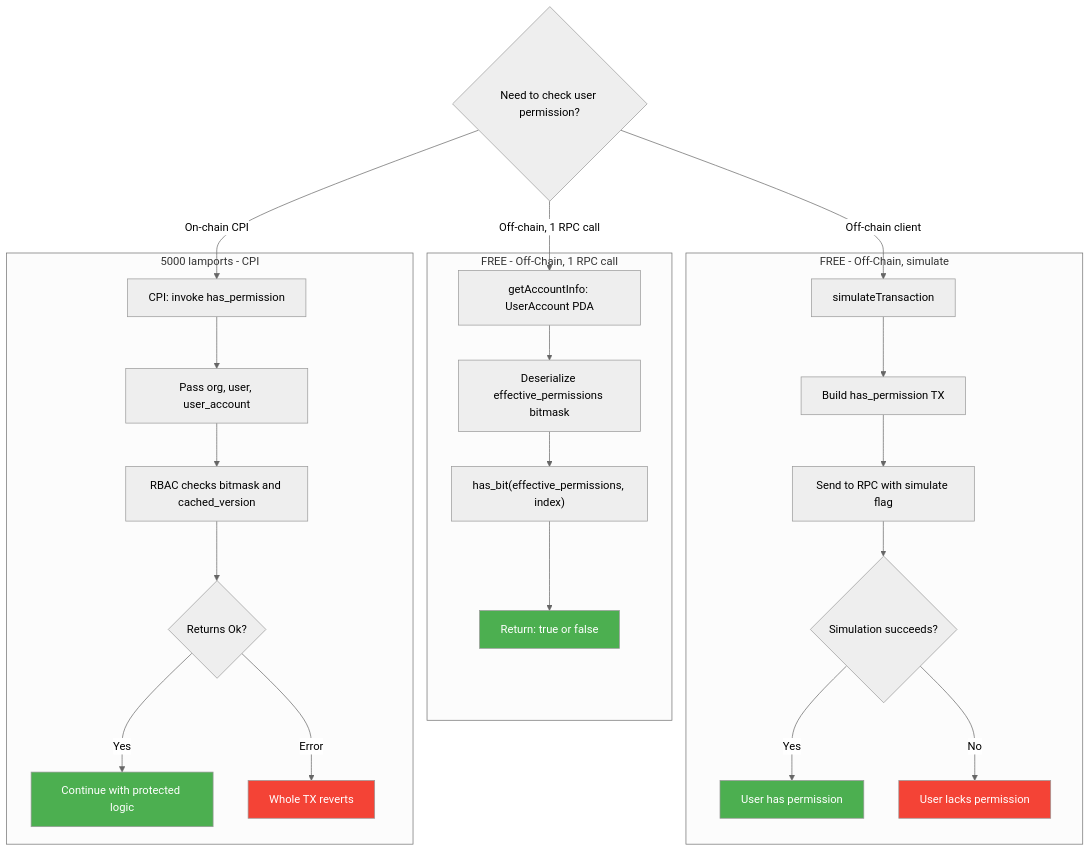
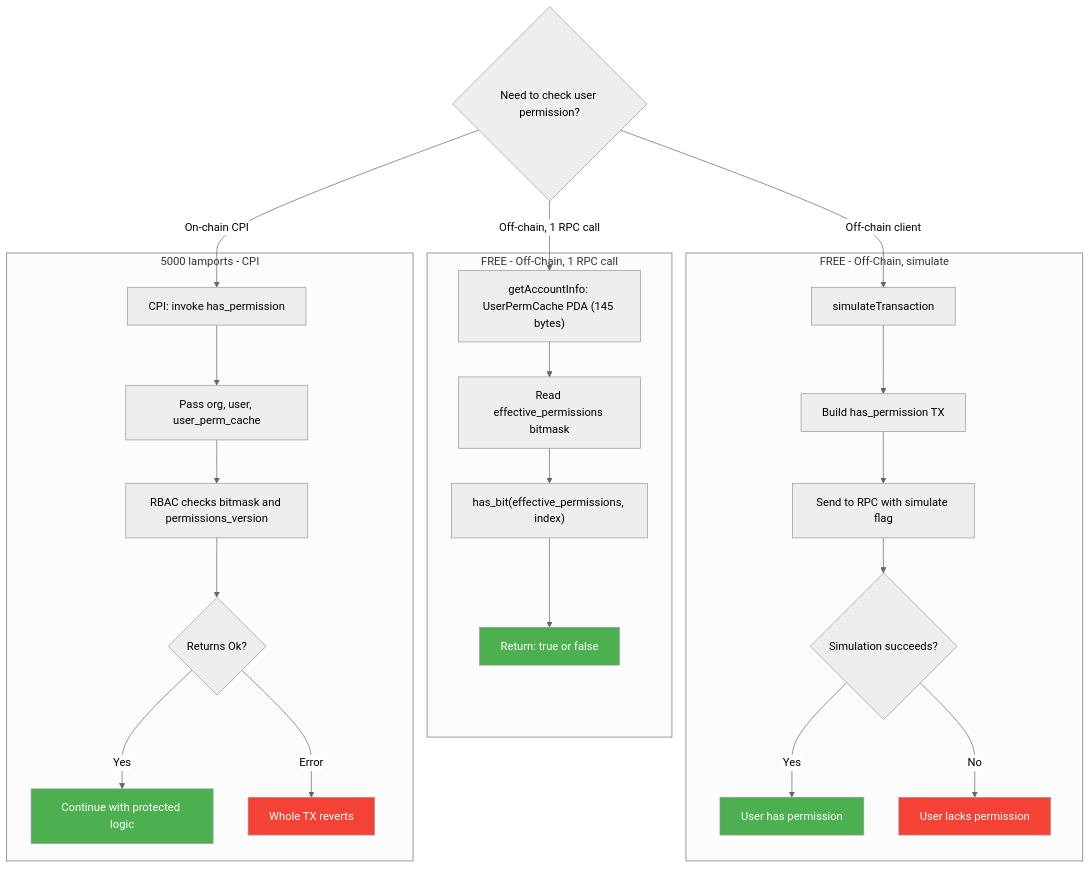
One commit to Vadimus1983/Solana-rbac changed diagram 16 of 25 in docs/architecture.md. Above: the diagram before and after it, drawn with Mermaid (neutral theme). The commit also changed other lines of this file and 9 other files, not shown here.

````diff
--- a/docs/architecture.md
+++ b/docs/architecture.md
@@ -656,39 +663,39 @@
 ```mermaid
 graph TB
     Q{"Need to check user permission?"}
 
     Q -->|"Off-chain client"| A
     Q -->|"On-chain CPI"| B
     Q -->|"Off-chain, 1 RPC call"| C
 
     subgraph free1["FREE - Off-Chain, 1 RPC call"]
-        C["getAccountInfo: UserAccount PDA"]
-        C --> C1["Deserialize effective_permissions bitmask"]
+        C["getAccountInfo: UserPermCache PDA (145 bytes)"]
+        C --> C1["Read effective_permissions bitmask"]
         C1 --> C2["has_bit(effective_permissions, index)"]
         C2 --> C3["Return: true or false"]
     end
 
     subgraph free2["FREE - Off-Chain, simulate"]
         A["simulateTransaction"]
         A --> A1["Build has_permission TX"]
         A1 --> A2["Send to RPC with simulate flag"]
         A2 --> A3{"Simulation succeeds?"}
         A3 -->|Yes| A4["User has permission"]
         A3 -->|No| A5["User lacks permission"]
     end
 
     subgraph cpi["5000 lamports - CPI"]
         B["CPI: invoke has_permission"]
-        B --> B1["Pass org, user, user_account"]
-        B1 --> B2["RBAC checks bitmask and cached_version"]
+        B --> B1["Pass org, user, user_perm_cache"]
+        B1 --> B2["RBAC checks bitmask and permissions_version"]
         B2 --> B3{"Returns Ok?"}
         B3 -->|Yes| B4["Continue with protected logic"]
         B3 -->|Error| B5["Whole TX reverts"]
     end
 
     style C3 fill:#4CAF50,color:#fff
     style A4 fill:#4CAF50,color:#fff
     style A5 fill:#f44336,color:#fff
     style B4 fill:#4CAF50,color:#fff
     style B5 fill:#f44336,color:#fff
 ```
````
